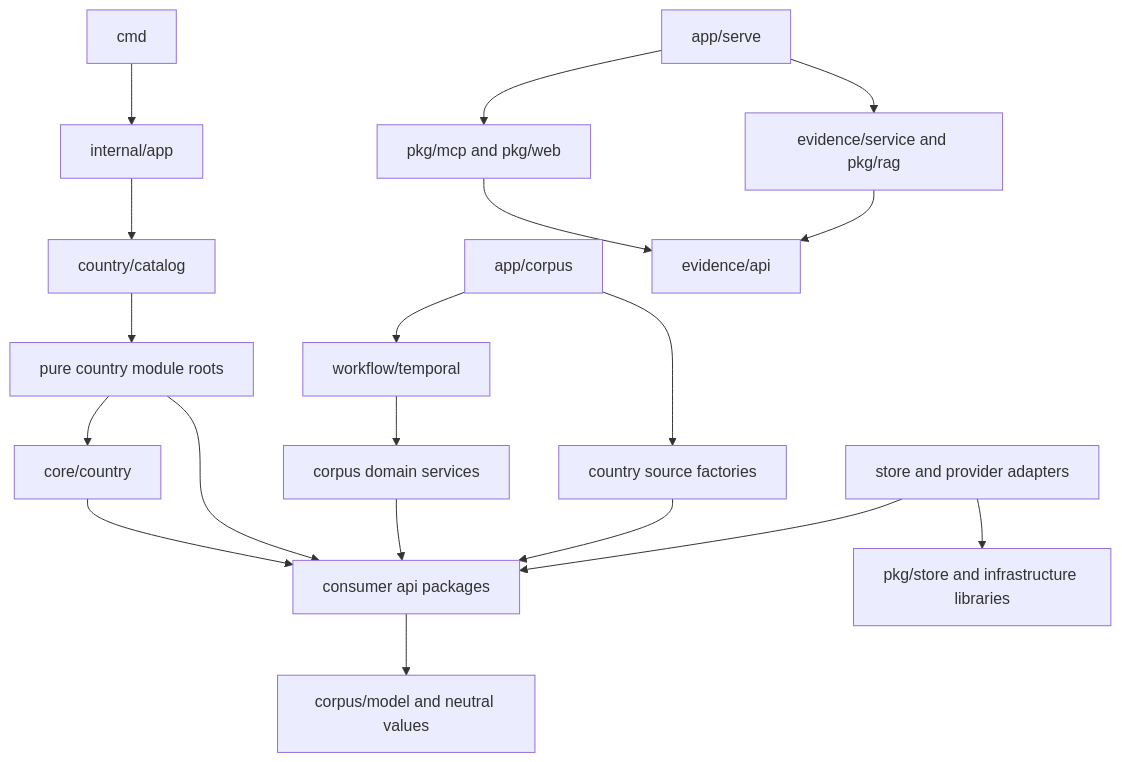
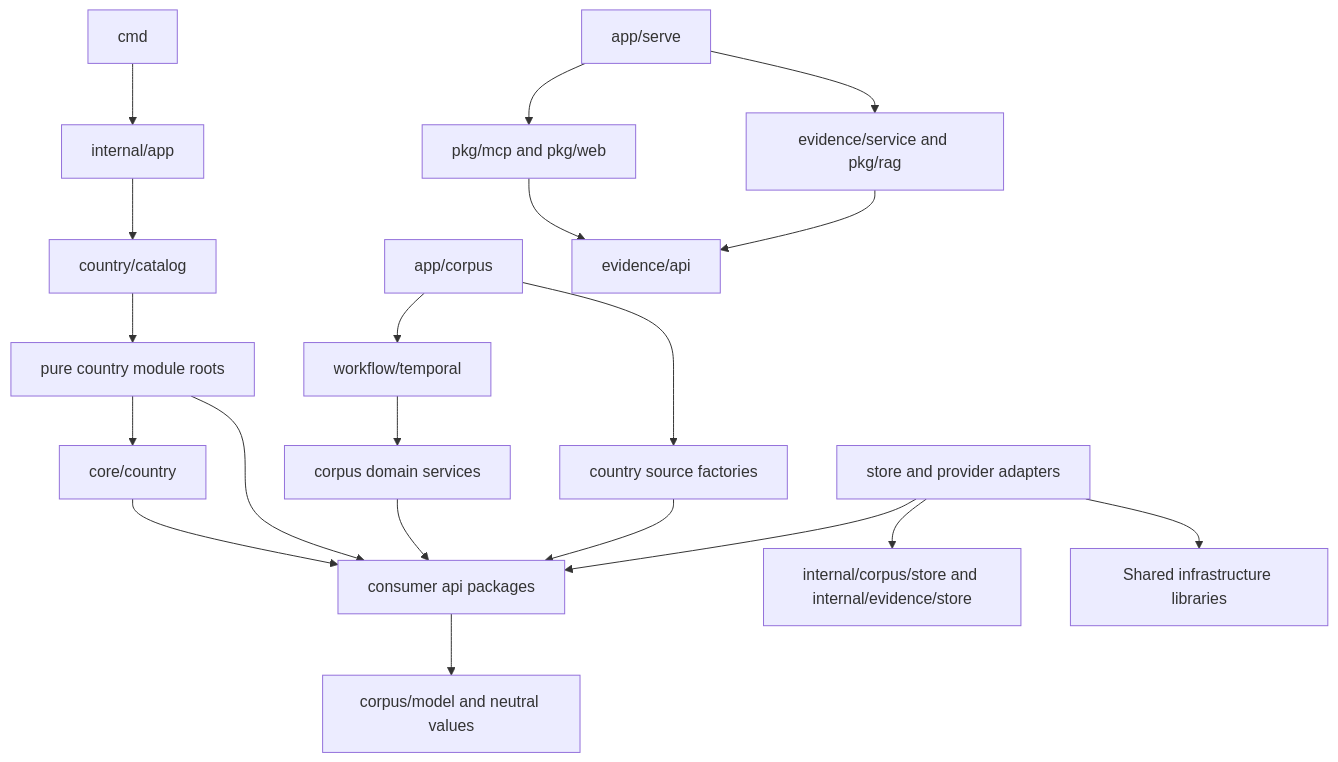
The diagram in docs/design/repository-layout.md (dannyota/banhmi), drawn with Mermaid before and after one commit. The commit also changed other lines of this file and 2 other files, not shown here.

````diff
--- a/docs/design/repository-layout.md
+++ b/docs/design/repository-layout.md
@@ -131,21 +136,22 @@
 ```mermaid
 flowchart TD
   Command[cmd] --> Composition[internal/app]
   Composition --> Catalog[country/catalog]
   Catalog --> Country[pure country module roots]
   Country --> Registry[core/country]
   Registry --> Ports
   Country --> Ports[consumer api packages]
   Worker[app/corpus] --> Temporal[workflow/temporal]
   Worker --> Factories[country source factories]
   Temporal --> Domains[corpus domain services]
   Domains --> Ports
   Factories --> Ports
   Serving[app/serve] --> Transports[pkg/mcp and pkg/web]
   Serving --> Evidence[evidence/service and pkg/rag]
   Transports --> ReadAPI[evidence/api]
   Evidence --> ReadAPI
   Ports --> Model[corpus/model and neutral values]
   Adapters[store and provider adapters] --> Ports
-  Adapters --> Stores[pkg/store and infrastructure libraries]
+  Adapters --> Stores["internal/corpus/store and internal/evidence/store"]
+  Adapters --> Infrastructure["Shared infrastructure libraries"]
 ```
````
